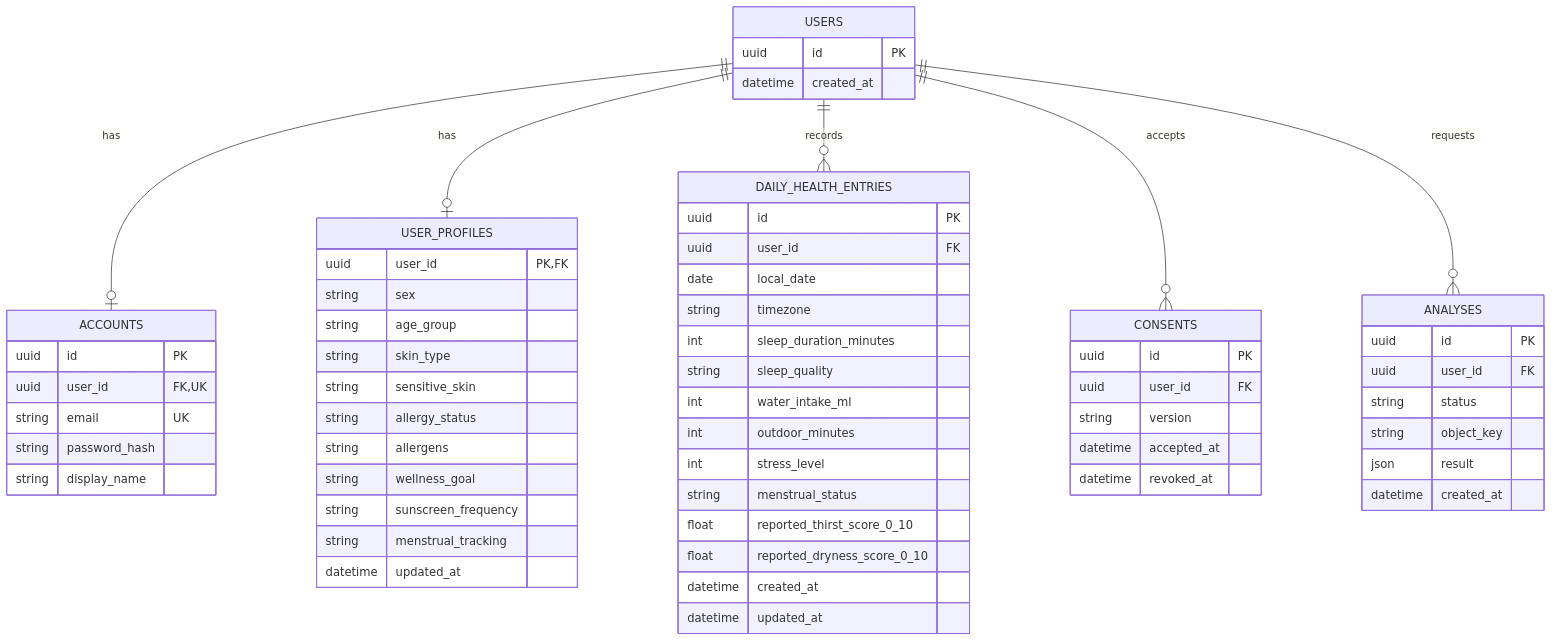
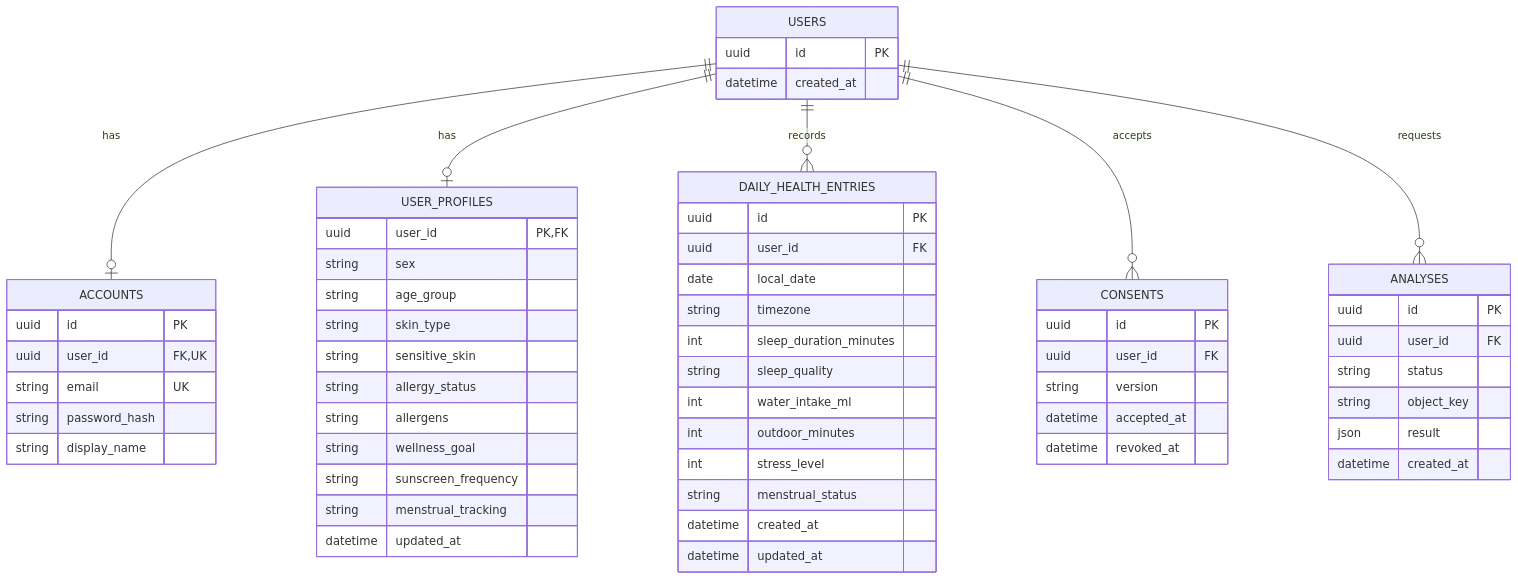
The diagram in docs/architecture/diagrams/proposed-user-data-schema.md (PacharaponK/Aphrodize), drawn with Mermaid before and after one commit. The commit also changed other lines of this file and 34 other files, not shown here.

````diff
--- a/docs/architecture/diagrams/proposed-user-data-schema.md
+++ b/docs/architecture/diagrams/proposed-user-data-schema.md
@@ -10,64 +10,62 @@
 ```mermaid
 erDiagram
     USERS ||--o| ACCOUNTS : has
     USERS ||--o| USER_PROFILES : has
     USERS ||--o{ DAILY_HEALTH_ENTRIES : records
     USERS ||--o{ CONSENTS : accepts
     USERS ||--o{ ANALYSES : requests
 
     USERS {
         uuid id PK
         datetime created_at
     }
     ACCOUNTS {
         uuid id PK
         uuid user_id FK, UK
         string email UK
         string password_hash
         string display_name
     }
     USER_PROFILES {
         uuid user_id PK, FK
         string sex
         string age_group
         string skin_type
         string sensitive_skin
         string allergy_status
         string allergens
         string wellness_goal
         string sunscreen_frequency
         string menstrual_tracking
         datetime updated_at
     }
     DAILY_HEALTH_ENTRIES {
         uuid id PK
         uuid user_id FK
         date local_date
         string timezone
         int sleep_duration_minutes
         string sleep_quality
         int water_intake_ml
         int outdoor_minutes
         int stress_level
         string menstrual_status
-        float reported_thirst_score_0_10
-        float reported_dryness_score_0_10
         datetime created_at
         datetime updated_at
     }
     CONSENTS {
         uuid id PK
         uuid user_id FK
         string version
         datetime accepted_at
         datetime revoked_at
     }
     ANALYSES {
         uuid id PK
         uuid user_id FK
         string status
         string object_key
         json result
         datetime created_at
     }
 ```
````
